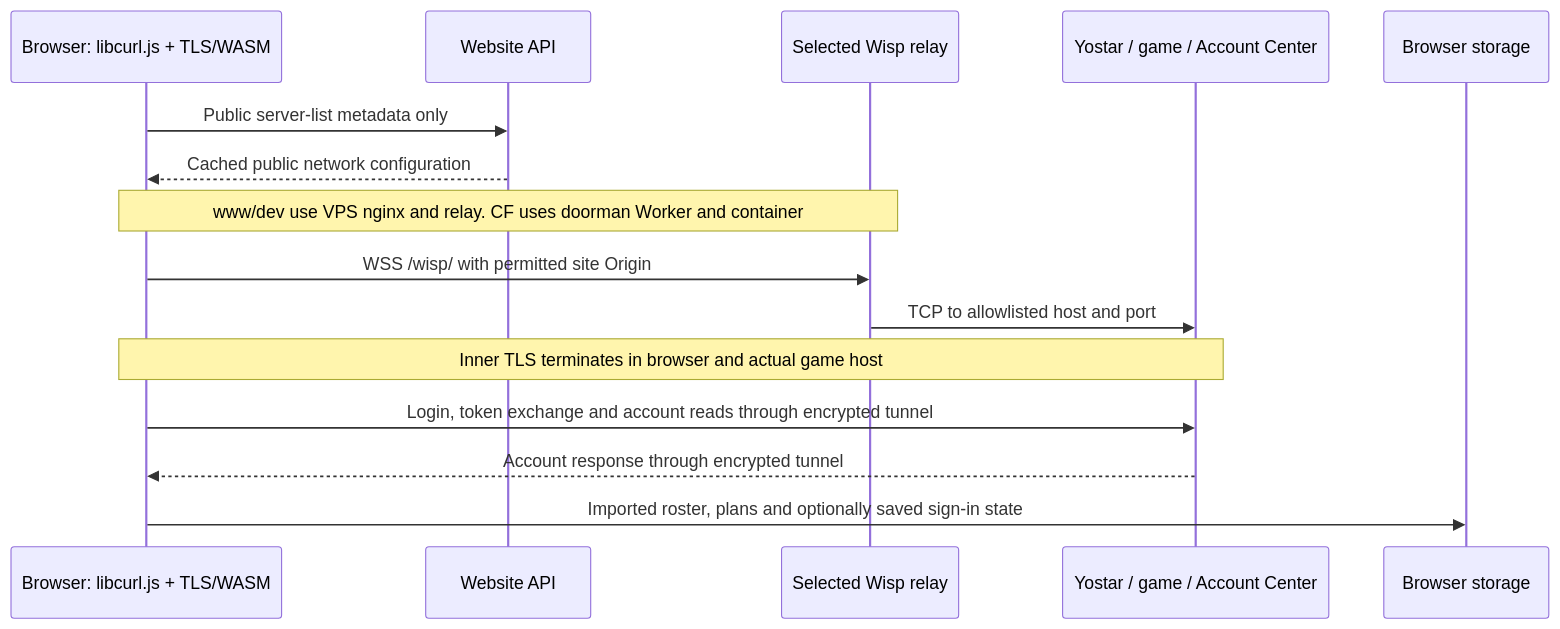
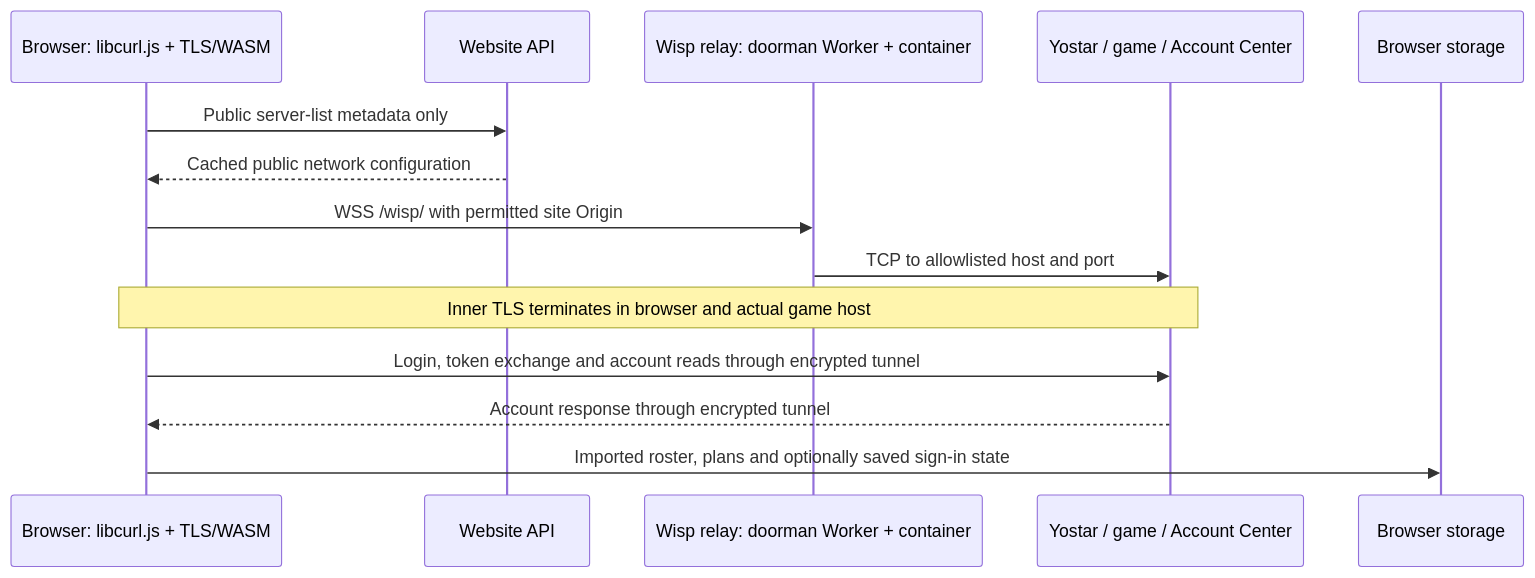
One commit to arkpedia/arkpedia changed the fourth of 6 diagrams in docs/architecture.md. Above: the diagram before and after it, drawn with Mermaid. The commit also changed other lines of this file and 1 other file, not shown here.

Commit message:
Docs: the account import has one relay, on Cloudflare; the VPS relay is retired (#855)

````diff
--- a/docs/architecture.md
+++ b/docs/architecture.md
@@ -192,17 +189,16 @@
 ```mermaid
 sequenceDiagram
   participant B as Browser: libcurl.js + TLS/WASM
   participant W as Website API
-  participant R as Selected Wisp relay
+  participant R as Wisp relay: doorman Worker + container
   participant Y as Yostar / game / Account Center
   participant L as Browser storage
   B->>W: Public server-list metadata only
   W-->>B: Cached public network configuration
-  Note over B,R: www/dev use VPS nginx and relay. CF uses doorman Worker and container
   B->>R: WSS /wisp/ with permitted site Origin
   R->>Y: TCP to allowlisted host and port
   Note over B,Y: Inner TLS terminates in browser and actual game host
   B->>Y: Login, token exchange and account reads through encrypted tunnel
   Y-->>B: Account response through encrypted tunnel
   B->>L: Imported roster, plans and optionally saved sign-in state
 ```
````
